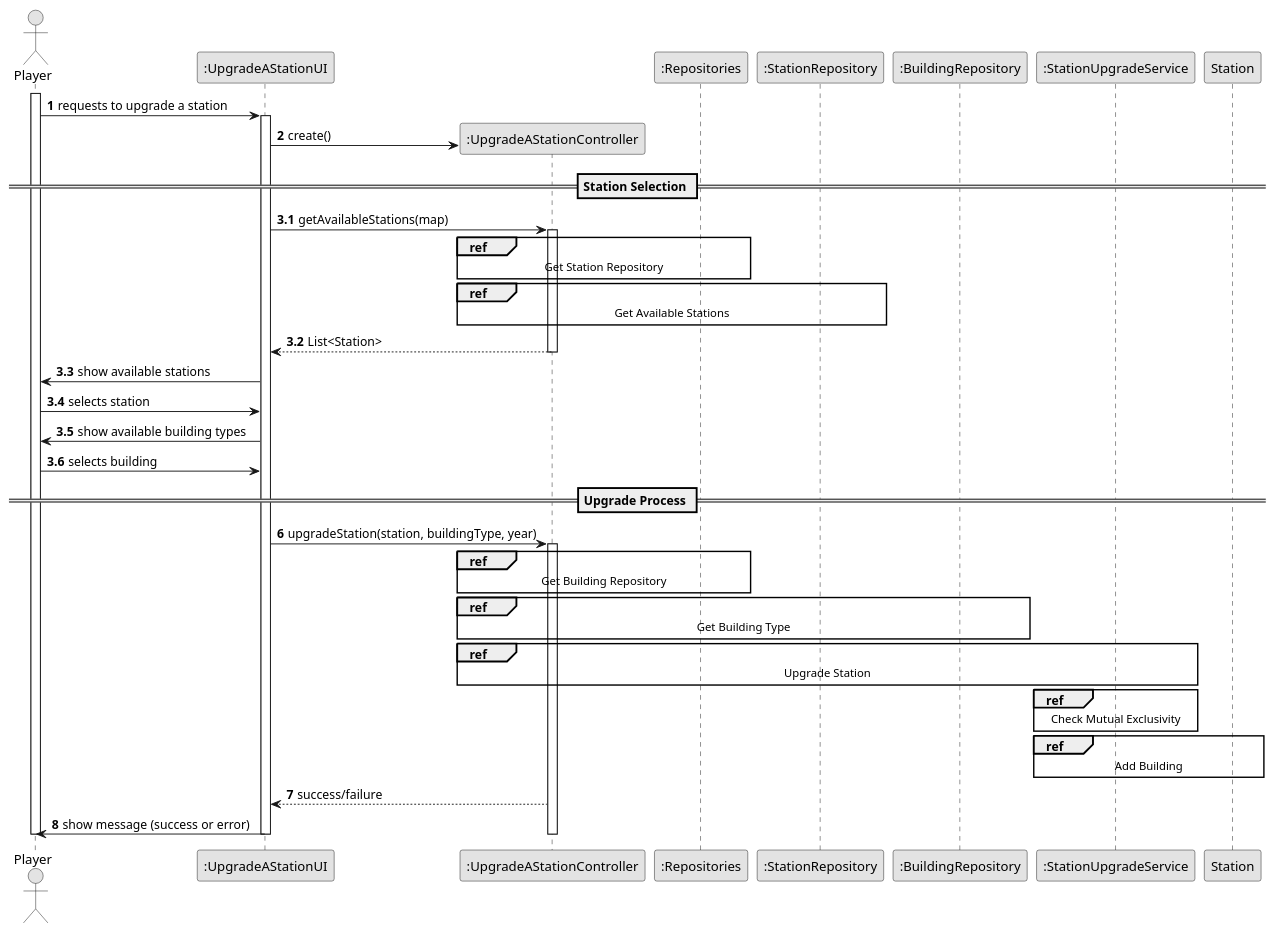
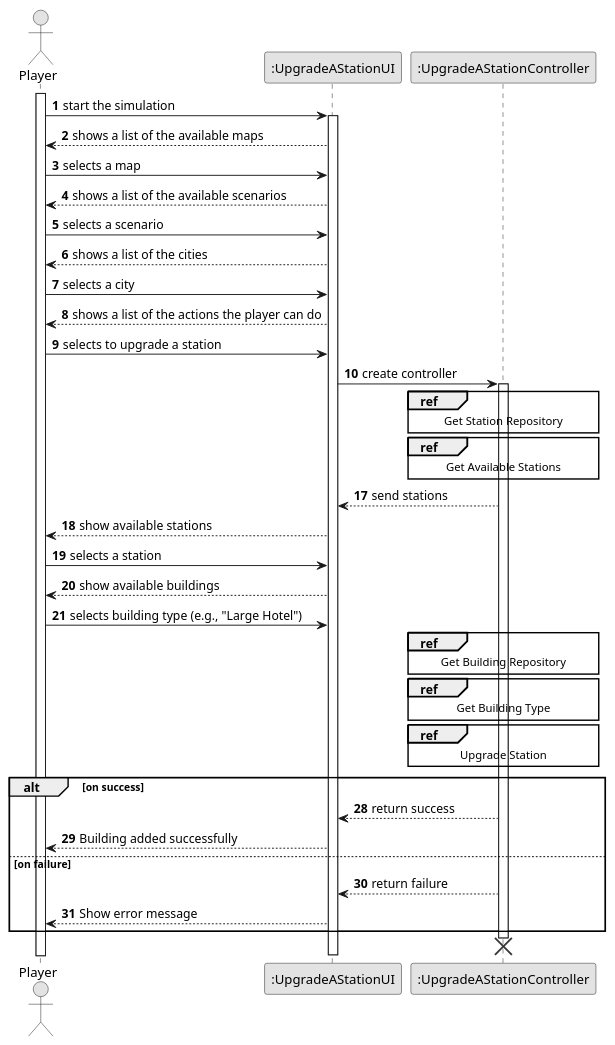
Before and after one commit to ivasduarte/all-aboard: the diagram in docs/sprint2/us006/03.design/puml/us006-sd-split.puml, drawn with PlantUML. The commit also changed 23 other files, not shown here.

```diff
--- a/docs/sprint2/us006/03.design/puml/us006-sd-split.puml
+++ b/docs/sprint2/us006/03.design/puml/us006-sd-split.puml
@@ -1,75 +1,68 @@
 @startuml
 skinparam monochrome true
 skinparam packageStyle rectangle
 skinparam shadowing false
 
 autonumber
 
 actor "Player" as Player
 participant ":UpgradeAStationUI" as UI
 participant ":UpgradeAStationController" as CTRL
-participant ":Repositories" as Repos
-participant ":StationRepository" as StationRepo
-participant ":BuildingRepository" as BuildingRepo
-participant ":StationUpgradeService" as Service
 
 activate Player
 
-Player -> UI : requests to upgrade a station
+Player -> UI : start the simulation
 activate UI
-UI -> CTRL** : create()
 
-== Station Selection ==
-autonumber 3.1
-UI -> CTRL : getAvailableStations(map)
+UI --> Player : shows a list of the available maps
+Player -> UI : selects a map
+UI --> Player : shows a list of the available scenarios
+Player -> UI : selects a scenario
+UI --> Player : shows a list of the cities
+Player -> UI : selects a city
+UI --> Player : shows a list of the actions the player can do
+Player -> UI : selects to upgrade a station
+
+UI -> CTRL : create controller
 activate CTRL
 
-ref over CTRL, Repos
-  Get Station Repository
-end ref
+    ref over CTRL
+        Get Station Repository
+    end
 
-ref over CTRL, StationRepo
-  Get Available Stations
-end ref
+    ref over CTRL
+        Get Available Stations
+    end
 
-CTRL --> UI : List<Station>
-deactivate CTRL
+autonumber 17
+CTRL --> UI : send stations
+UI --> Player : show available stations
+Player -> UI : selects a station
 
-UI -> Player : show available stations
-Player -> UI : selects station
+UI --> Player : show available buildings
+Player -> UI : selects building type (e.g., "Large Hotel")
 
-UI -> Player : show available building types
-Player -> UI : selects building
+    ref over CTRL
+        Get Building Repository
+    end
 
-== Upgrade Process ==
-autonumber 6
-UI -> CTRL : upgradeStation(station, buildingType, year)
-activate CTRL
+    ref over CTRL
+        Get Building Type
+    end
 
-ref over CTRL, Repos
-  Get Building Repository
-end ref
+    ref over CTRL
+        Upgrade Station
+    end
 
-ref over CTRL, BuildingRepo
-  Get Building Type
-end ref
+autonumber 28
+alt on success
+  CTRL --> UI : return success
+  UI --> Player : Building added successfully
+else on failure
+  CTRL --> UI : return failure
+  UI --> Player : Show error message
+end
 
-ref over CTRL, Service
-  Upgrade Station
-end ref
-
-ref over Service
-  Check Mutual Exclusivity
-end ref
-
-ref over Service, Station
-  Add Building
-end ref
-
-CTRL --> UI : success/failure
-UI -> Player : show message (success or error)
-
-deactivate CTRL
+destroy CTRL
 deactivate UI
-deactivate Player
 @enduml
```
